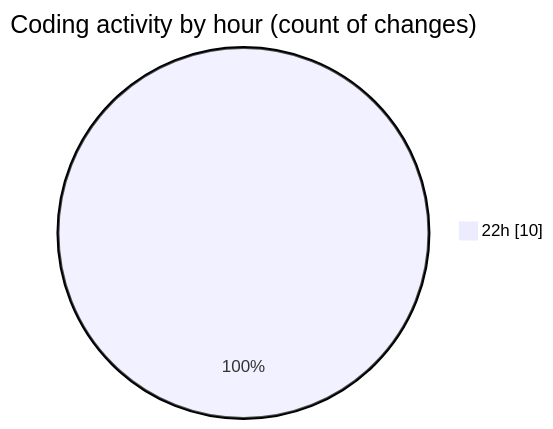
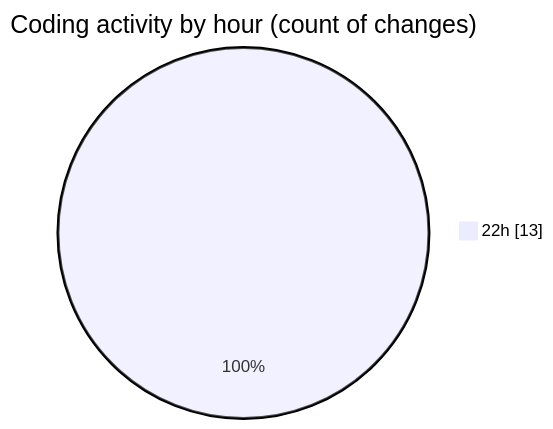
The second of 2 diagrams in 2025-06-02/myws__workspace_/README.md (MatusMokan/code-tracking), drawn with Mermaid before and after one commit. The commit also changed other lines of this file and 1 other file, not shown here.

````diff
--- a/2025-06-02/myws__workspace_/README.md
+++ b/2025-06-02/myws__workspace_/README.md
@@ -28,5 +28,5 @@
 ```mermaid
 pie showData
 title Coding activity by hour (count of changes)
-"22h" : 10
+"22h" : 13
 ```
````
